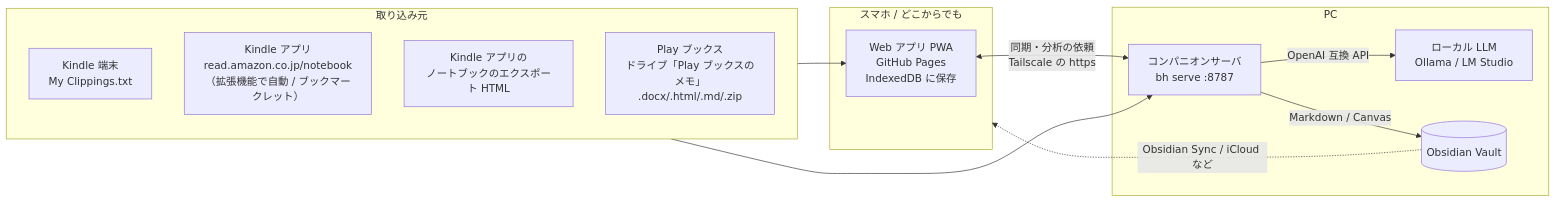
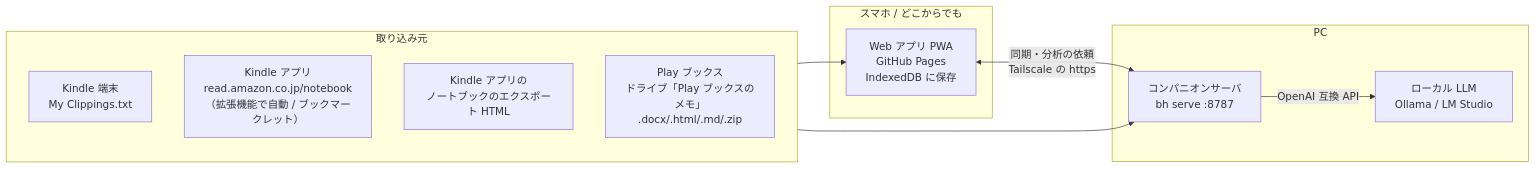
One commit to nihi566/bookshelf changed the diagram in README.md. Above: the diagram before and after it, drawn with Mermaid. The commit also changed other lines of this file and 27 other files, not shown here.

````diff
--- a/README.md
+++ b/README.md
@@ -19,23 +19,20 @@
 ```mermaid
 flowchart LR
   subgraph Sources[取り込み元]
     K1[Kindle 端末<br>My Clippings.txt]
     K2[Kindle アプリ<br>read.amazon.co.jp/notebook<br>（拡張機能で自動 / ブックマークレット）]
     K3[Kindle アプリの<br>ノートブックのエクスポート HTML]
     P1[Play ブックス<br>ドライブ「Play ブックスのメモ」<br>.docx/.html/.md/.zip]
   end
   subgraph Phone[スマホ / どこからでも]
     W[Web アプリ PWA<br>GitHub Pages<br>IndexedDB に保存]
   end
   subgraph PC[PC]
     C[コンパニオンサーバ<br>bh serve :8787]
     L[ローカル LLM<br>Ollama / LM Studio]
-    O[(Obsidian Vault)]
   end
   Sources --> W
   Sources --> C
   W <-- 同期・分析の依頼<br>Tailscale の https --> C
   C -- OpenAI 互換 API --> L
-  C -- Markdown / Canvas --> O
-  O -. Obsidian Sync / iCloud など .-> Phone
 ```
````
